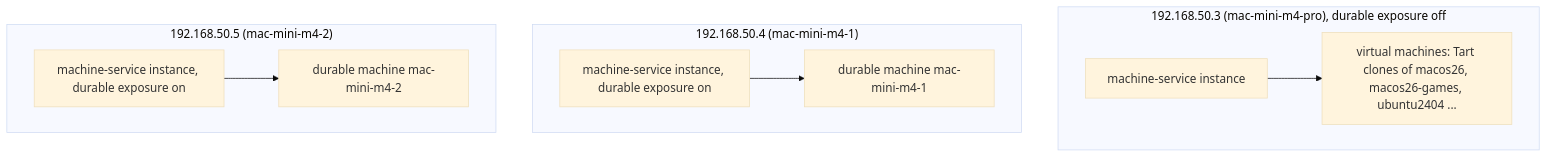
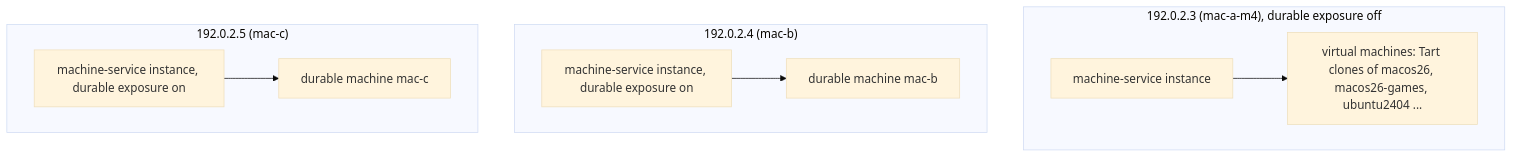
One commit to WeZZard/vm-service changed the diagram in docs/arch/machines.md. Above: the diagram before and after it, drawn with Mermaid (base theme). The commit also changed other lines of this file and 16 other files, not shown here.

````diff
--- a/docs/arch/machines.md
+++ b/docs/arch/machines.md
@@ -21,12 +21,12 @@
 ```mermaid
 flowchart TB
-    subgraph M3["192.168.50.3 (mac-mini-m4-pro), durable exposure off"]
+    subgraph M3["192.0.2.3 (mac-a-m4), durable exposure off"]
         I3[machine-service instance] --> V3[virtual machines: Tart clones of macos26, macos26-games, ubuntu2404 ...]
     end
-    subgraph M4["192.168.50.4 (mac-mini-m4-1)"]
-        I4[machine-service instance, durable exposure on] --> D4[durable machine mac-mini-m4-1]
+    subgraph M4["192.0.2.4 (mac-b)"]
+        I4[machine-service instance, durable exposure on] --> D4[durable machine mac-b]
     end
-    subgraph M5["192.168.50.5 (mac-mini-m4-2)"]
-        I5[machine-service instance, durable exposure on] --> D5[durable machine mac-mini-m4-2]
+    subgraph M5["192.0.2.5 (mac-c)"]
+        I5[machine-service instance, durable exposure on] --> D5[durable machine mac-c]
     end
 ```
````
